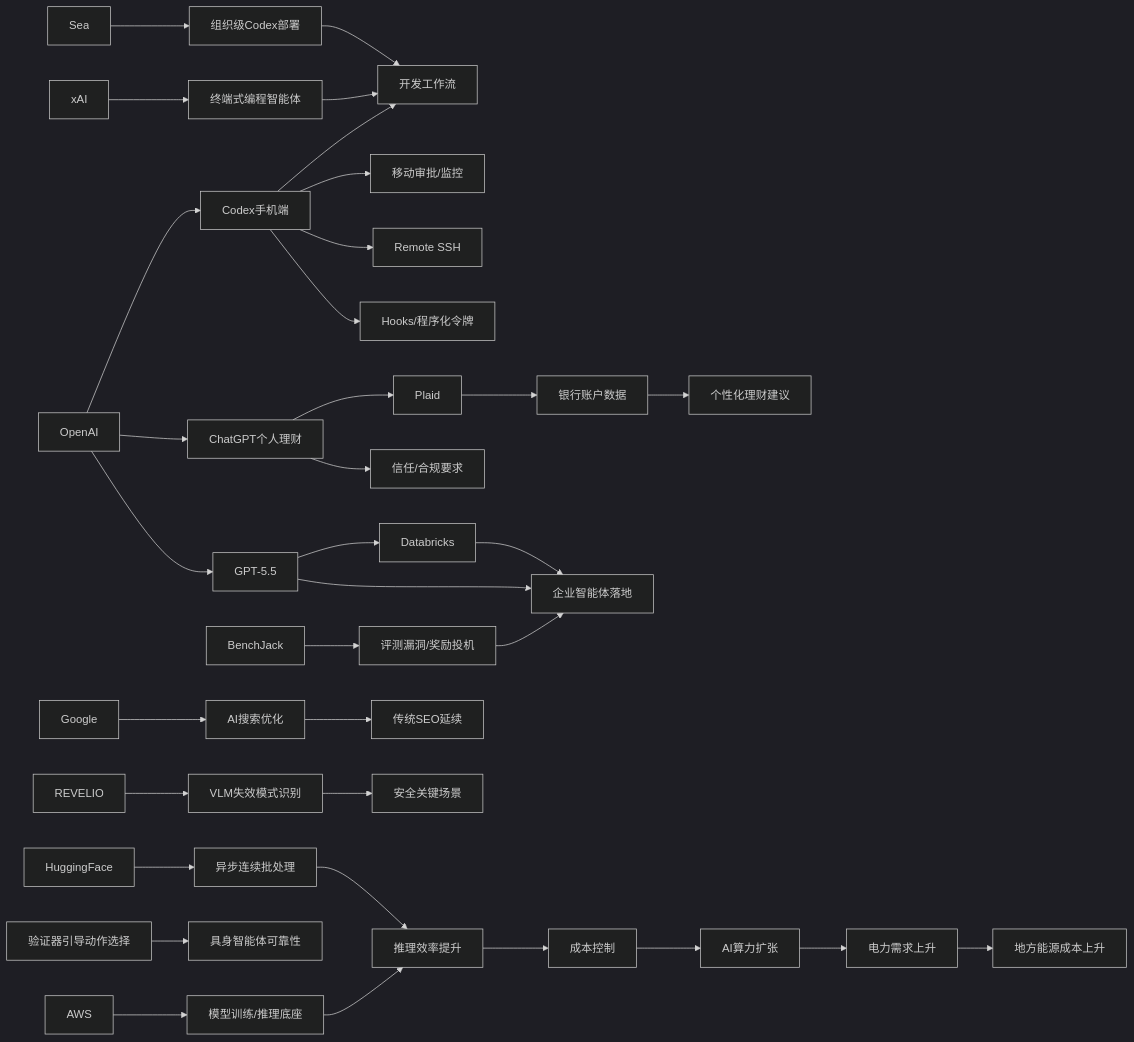
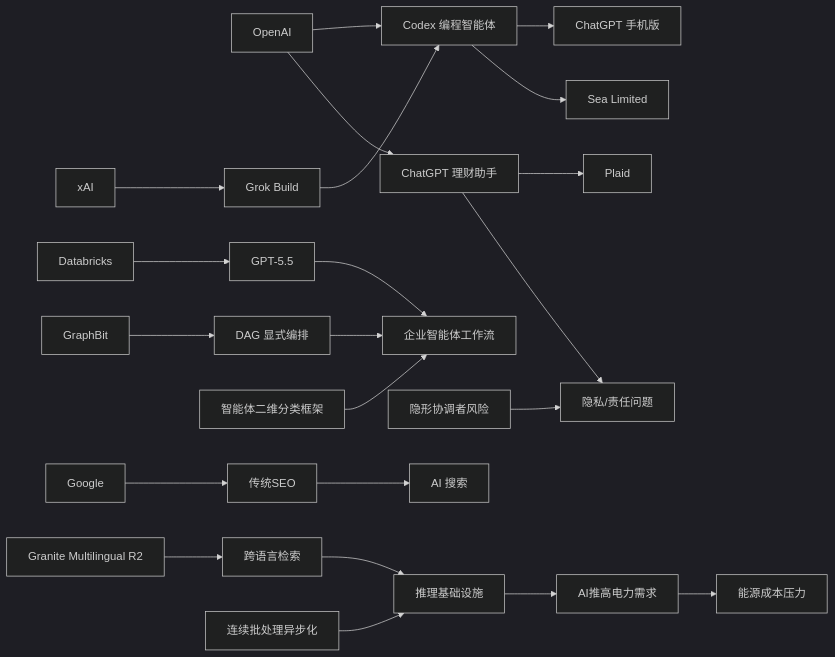
Before and after one commit to zhuxinfei/ai-daily-site: the diagram in content/cn/2026/2026-05/2026-05-16.md, drawn with Mermaid (dark theme). The commit also changed other lines of this file, not shown here.

````diff
--- a/content/cn/2026/2026-05/2026-05-16.md
+++ b/content/cn/2026/2026-05/2026-05-16.md
@@ -114,43 +110,54 @@
 ```mermaid
 graph LR
-    OpenAI --> CodexMobile[Codex手机端]
-    OpenAI --> Finance[ChatGPT个人理财]
-    OpenAI --> GPT55[GPT-5.5]
-    GPT55 --> Databricks
-    CodexMobile --> DevWorkflow[开发工作流]
-    CodexMobile --> MobileApprove[移动审批/监控]
-    CodexMobile --> RemoteSSH[Remote SSH]
-    CodexMobile --> Hooks[Hooks/程序化令牌]
+    OpenAI[OpenAI]
+    Codex[Codex 编程智能体]
+    ChatGPTMobile[ChatGPT 手机版]
+    Sea[Sea Limited]
+    xAI[xAI]
+    GrokBuild[Grok Build]
+    Databricks[Databricks]
+    GPT55[GPT-5.5]
+    AgentWorkflow[企业智能体工作流]
+    GraphBit[GraphBit]
+    DAG[DAG 显式编排]
+    AgentTaxonomy[智能体二维分类框架]
+    Finance[ChatGPT 理财助手]
+    Plaid[Plaid]
+    Privacy[隐私/责任问题]
+    HiddenOrch[隐形协调者风险]
+    Google[Google]
+    SEO[传统SEO]
+    AI_Search[AI 搜索]
+    Granite[Granite Multilingual R2]
+    Retrieval[跨语言检索]
+    AsyncBatch[连续批处理异步化]
+    Infra[推理基础设施]
+    Energy[AI推高电力需求]
+    Cost[能源成本压力]
 
-    Sea --> CodexAdoption[组织级Codex部署]
-    CodexAdoption --> DevWorkflow
-    xAI --> GrokBuild[终端式编程智能体]
-    GrokBuild --> DevWorkflow
+    OpenAI --> Codex
+    Codex --> ChatGPTMobile
+    Codex --> Sea
+    xAI --> GrokBuild
+    GrokBuild --> Codex
 
-    BenchJack --> EvalRisk[评测漏洞/奖励投机]
-    GPT55 --> EnterpriseAgents[企业智能体落地]
-    Databricks --> EnterpriseAgents
-    EvalRisk --> EnterpriseAgents
+    Databricks --> GPT55
+    GPT55 --> AgentWorkflow
+    GraphBit --> DAG
+    DAG --> AgentWorkflow
+    AgentTaxonomy --> AgentWorkflow
 
+    OpenAI --> Finance
     Finance --> Plaid
-    Plaid --> BankData[银行账户数据]
-    BankData --> PersonalizedAdvice[个性化理财建议]
-    Finance --> Compliance[信任/合规要求]
+    Finance --> Privacy
+    HiddenOrch --> Privacy
 
-    Google --> AISEO[AI搜索优化]
-    AISEO --> TraditionalSEO[传统SEO延续]
+    Google --> SEO
+    SEO --> AI_Search
+    Granite --> Retrieval
+    AsyncBatch --> Infra
+    Retrieval --> Infra
 
-    HuggingFace --> AsyncBatching[异步连续批处理]
-    AWS --> Infra[模型训练/推理底座]
-    AsyncBatching --> InferenceEfficiency[推理效率提升]
-    Infra --> InferenceEfficiency
-
-    AIInfraDemand[AI算力扩张] --> EnergyDemand[电力需求上升]
-    EnergyDemand --> LocalCost[地方能源成本上升]
-    InferenceEfficiency --> CostControl[成本控制]
-    CostControl --> AIInfraDemand
-
-    Verifier[验证器引导动作选择] --> EmbodiedAI[具身智能体可靠性]
-    REVELIO --> VLMRisk[VLM失效模式识别]
-    VLMRisk --> SafetyCritical[安全关键场景]
+    Energy --> Cost
+    Infra --> Energy
 ```
````
